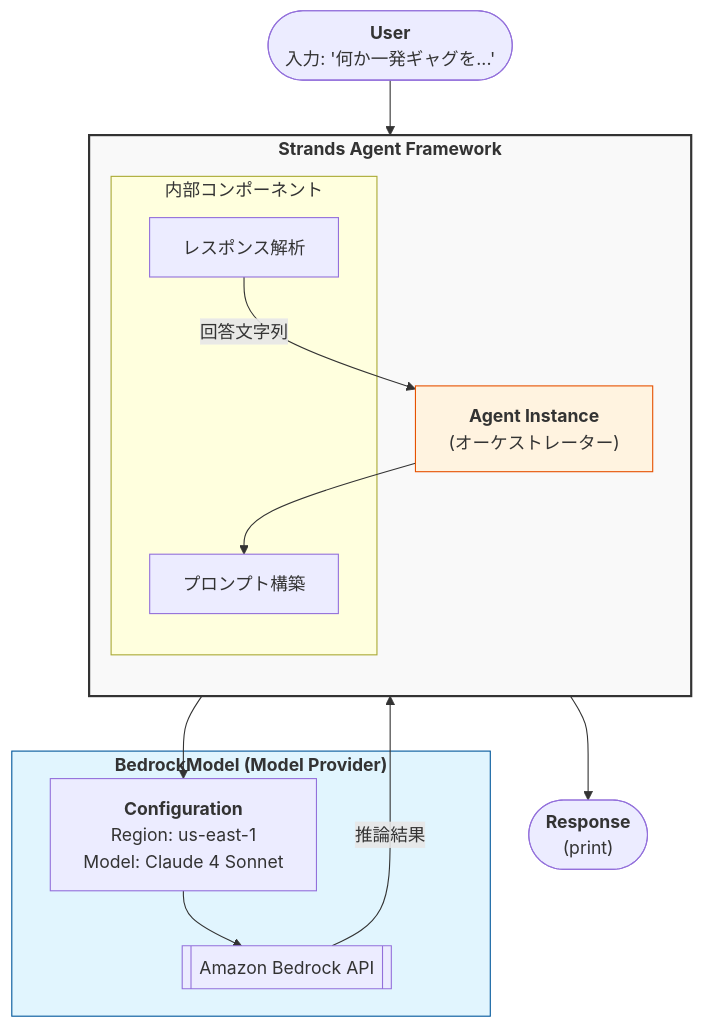
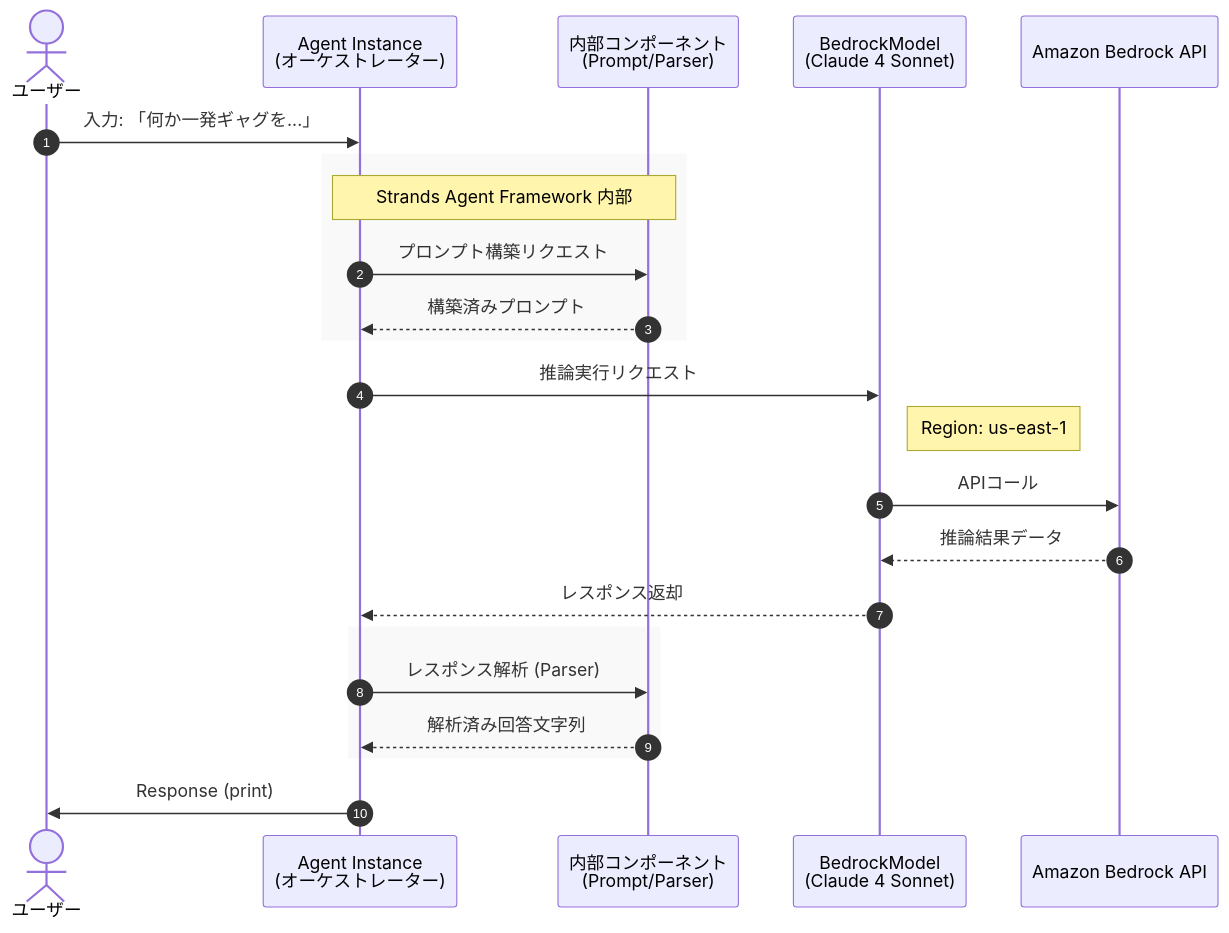
One commit to awk256/strandsagents changed the diagram in 70.サンプルコード/70-10-010.シンプルエージェント.md. Above: the diagram before and after it, drawn with Mermaid. The commit also changed other lines of this file and 27 other files, not shown here.

````diff
--- a/70.サンプルコード/70-10-010.シンプルエージェント.md
+++ b/70.サンプルコード/70-10-010.シンプルエージェント.md
@@ -8,35 +8,30 @@
 ```mermaid
-graph TD
-    User(["<b>User</b><br/>入力: '何か一発ギャグを...'"])
+sequenceDiagram
+    autonumber
+    actor User as ユーザー
+    participant Agent as Agent Instance<br/>(オーケストレーター)
+    participant Internal as 内部コンポーネント<br/>(Prompt/Parser)
+    participant Model as BedrockModel<br/>(Claude 4 Sonnet)
+    participant API as Amazon Bedrock API
 
-    subgraph Strands_Agent_Framework ["<b>Strands Agent Framework</b>"]
-        direction TB
-        
-        Agent_Object["<b>Agent Instance</b><br/>(オーケストレーター)"]
-        
-        subgraph Internal_Components ["内部コンポーネント"]
-            Prompt_Logic["プロンプト構築"]
-            Parser["レスポンス解析"]
-        end
+    User->>Agent: 入力: 「何か一発ギャグを...」
+    
+    rect rgb(249, 249, 249)
+        Note over Agent, Internal: Strands Agent Framework 内部
+        Agent->>Internal: プロンプト構築リクエスト
+        Internal-->>Agent: 構築済みプロンプト
     end
 
-    subgraph Model_Provider ["<b>BedrockModel (Model Provider)</b>"]
-        Model_Config["<b>Configuration</b><br/>Region: us-east-1<br/>Model: Claude 4 Sonnet"]
-        Bedrock_API[["Amazon Bedrock API"]]
+    Agent->>Model: 推論実行リクエスト
+    Note right of Model: Region: us-east-1
+    Model->>API: APIコール
+    API-->>Model: 推論結果データ
+    Model-->>Agent: レスポンス返却
+
+    rect rgb(249, 249, 249)
+        Agent->>Internal: レスポンス解析 (Parser)
+        Internal-->>Agent: 解析済み回答文字列
     end
 
-    %% データの流れ
-    User --> Agent_Object
-    Agent_Object --> Prompt_Logic
-    Prompt_Logic --> Model_Config
-    Model_Config --> Bedrock_API
-    
-    Bedrock_API -- "推論結果" --> Parser
-    Parser -- "回答文字列" --> Agent_Object
-    Agent_Object --> Response_Out(["<b>Response</b><br/>(print)"])
-
-    %% スタイル
-    style Strands_Agent_Framework fill:#f9f9f9,stroke:#333,stroke-width:2px
-    style Model_Provider fill:#e1f5fe,stroke:#01579b
-    style Agent_Object fill:#fff3e0,stroke:#e65100
+    Agent->>User: Response (print)
 ```
````
